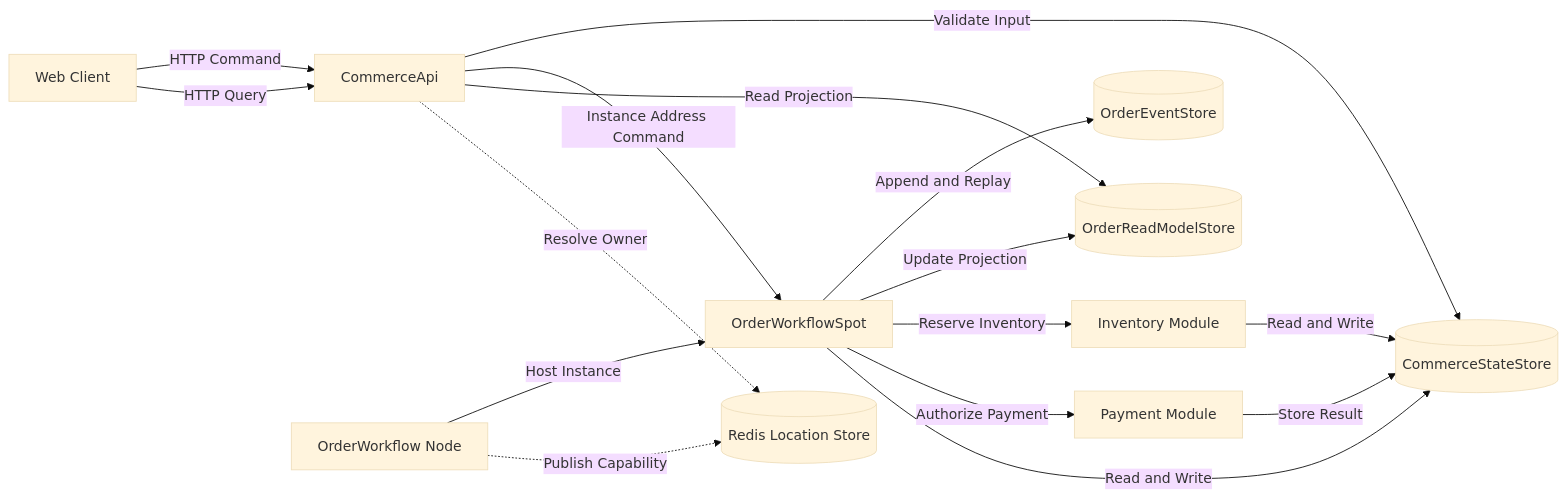
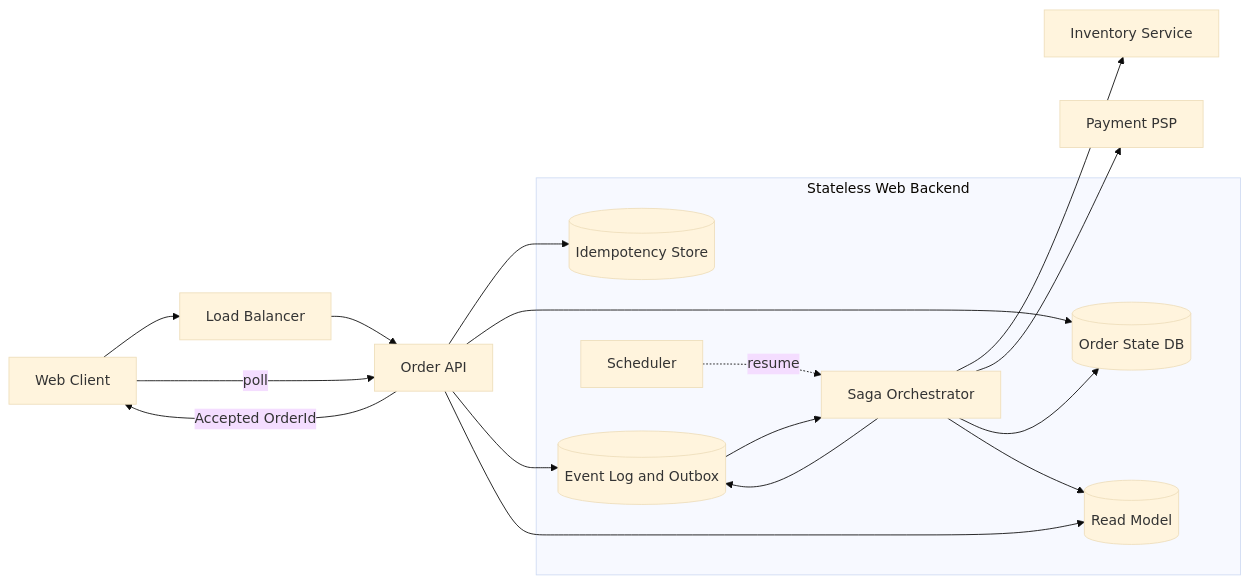
The first of 7 diagrams in framework/doc/framework/common/sample/event/shoppingmall.ko.md (kairos-code-dev/zlink), drawn with Mermaid (base theme) before and after one commit. The commit also changed other lines of this file and 39 other files, not shown here.

````diff
--- a/framework/doc/framework/common/sample/event/shoppingmall.ko.md
+++ b/framework/doc/framework/common/sample/event/shoppingmall.ko.md
@@ -302,29 +69,28 @@
 ```mermaid
-graph LR
-    C[Web Client]
-    API[CommerceApi]
-    OW[OrderWorkflow Node]
-    INV[Inventory Module]
-    PAY[Payment Module]
-    SPOT[OrderWorkflowSpot]
-    ES[(OrderEventStore)]
-    RS[(OrderReadModelStore)]
-    CS[(CommerceStateStore)]
-    LS[(Redis Location Store)]
+flowchart LR
+    C[Web Client] --> LB[Load Balancer] --> API[Order API]
+    subgraph Backend[Stateless Web Backend]
+        SAGA[Saga Orchestrator]
+        ODB[(Order State DB)]
+        IDEM[(Idempotency Store)]
+        LOG[(Event Log and Outbox)]
+        RM[(Read Model)]
+        SCHED[Scheduler]
+    end
+    INV[Inventory Service]
+    PAY[Payment PSP]
 
-    C -->|HTTP Command| API
-    C -->|HTTP Query| API
-    API -->|Validate Input| CS
-    API -->|Instance Address Command| SPOT
-    OW -->|Host Instance| SPOT
-    SPOT -->|Append and Replay| ES
-    SPOT -->|Update Projection| RS
-    SPOT -->|Reserve Inventory| INV
-    SPOT -->|Authorize Payment| PAY
-    INV -->|Read and Write| CS
-    PAY -->|Store Result| CS
-    API -->|Read Projection| RS
-    SPOT -->|Read and Write| CS
-    API -. Resolve Owner .-> LS
-    OW -. Publish Capability .-> LS
+    API --> IDEM
+    API --> ODB
+    API --> LOG
+    API -->|Accepted OrderId| C
+    LOG --> SAGA
+    SAGA --> INV
+    SAGA --> PAY
+    SAGA --> ODB
+    SAGA --> LOG
+    SAGA --> RM
+    SCHED -.resume.-> SAGA
+    C -->|poll| API
+    API --> RM
 ```
````
